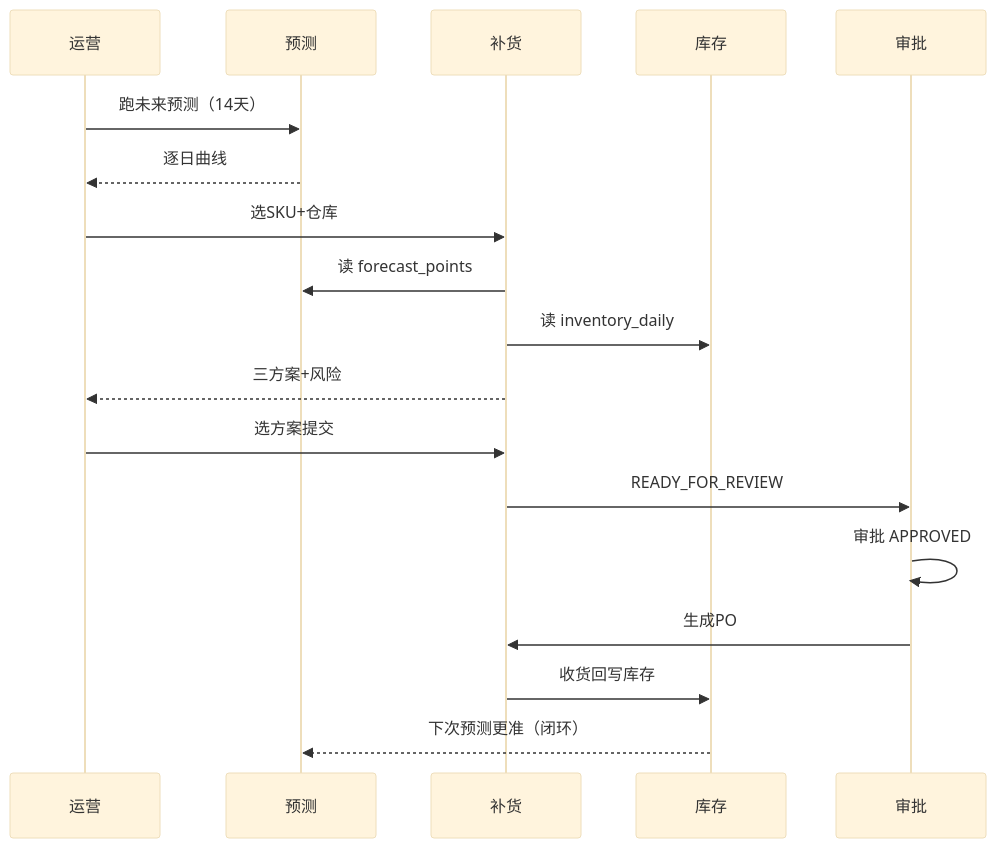
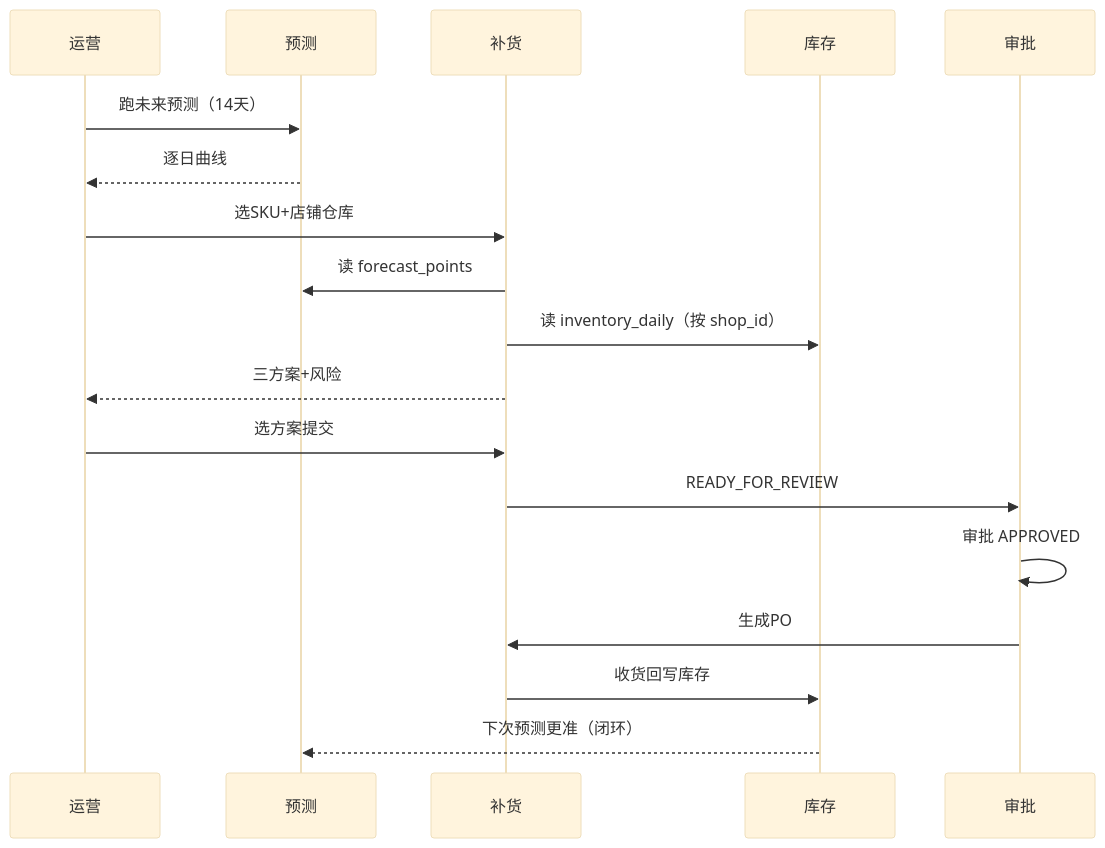
Before and after one commit to li2934026194/ai: the fourth of 7 diagrams in docs/prototypes/closed-loop-flow.md, drawn with Mermaid (base theme). The commit also changed other lines of this file, not shown here.

````diff
--- a/docs/prototypes/closed-loop-flow.md
+++ b/docs/prototypes/closed-loop-flow.md
@@ -150,20 +194,20 @@
 ```mermaid
 sequenceDiagram
     participant U as 运营
     participant F as 预测
     participant R as 补货
     participant I as 库存
     participant A as 审批
     U->>F: 跑未来预测（14天）
     F-->>U: 逐日曲线
-    U->>R: 选SKU+仓库
+    U->>R: 选SKU+店铺仓库
     R->>F: 读 forecast_points
-    R->>I: 读 inventory_daily
+    R->>I: 读 inventory_daily（按 shop_id）
     R-->>U: 三方案+风险
     U->>R: 选方案提交
     R->>A: READY_FOR_REVIEW
     A->>A: 审批 APPROVED
     A->>R: 生成PO
     R->>I: 收货回写库存
     I-->>F: 下次预测更准（闭环）
 ```
````
